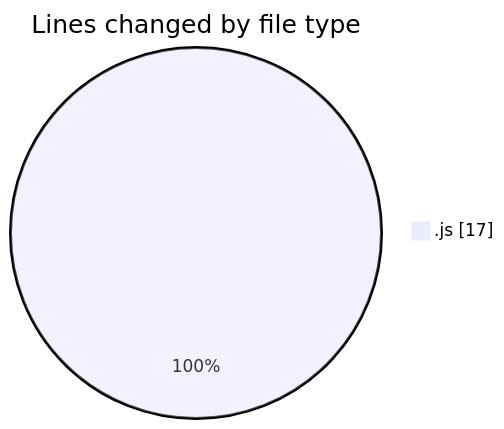
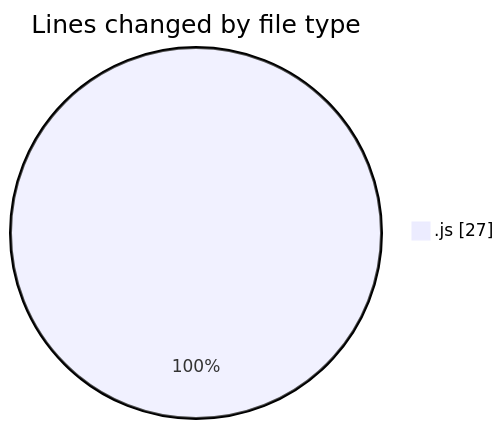
The first of 2 diagrams in 2025-07-26/javascript/README.md (Ritupan-Deka/code-tracking), drawn with Mermaid before and after one commit. The commit also changed other lines of this file and 1 other file, not shown here.

````diff
--- a/2025-07-26/javascript/README.md
+++ b/2025-07-26/javascript/README.md
@@ -20,5 +20,5 @@
 ```mermaid
 pie showData
 title Lines changed by file type
-".js" : 17
+".js" : 27
 ```
````
